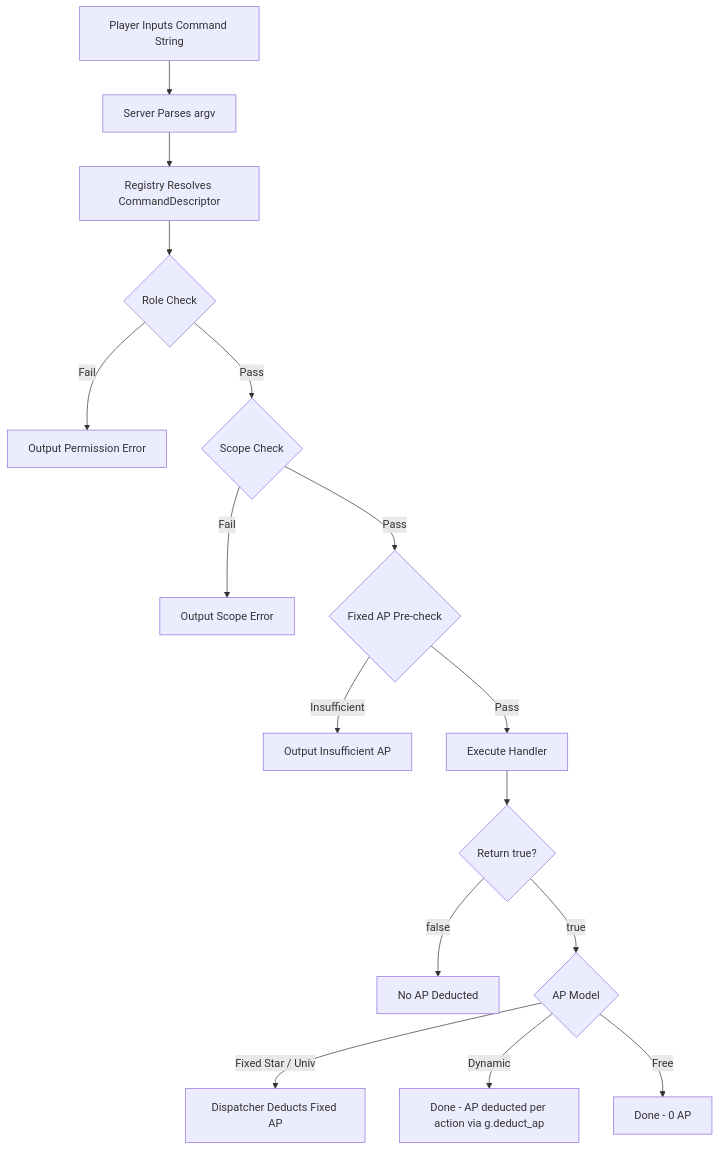
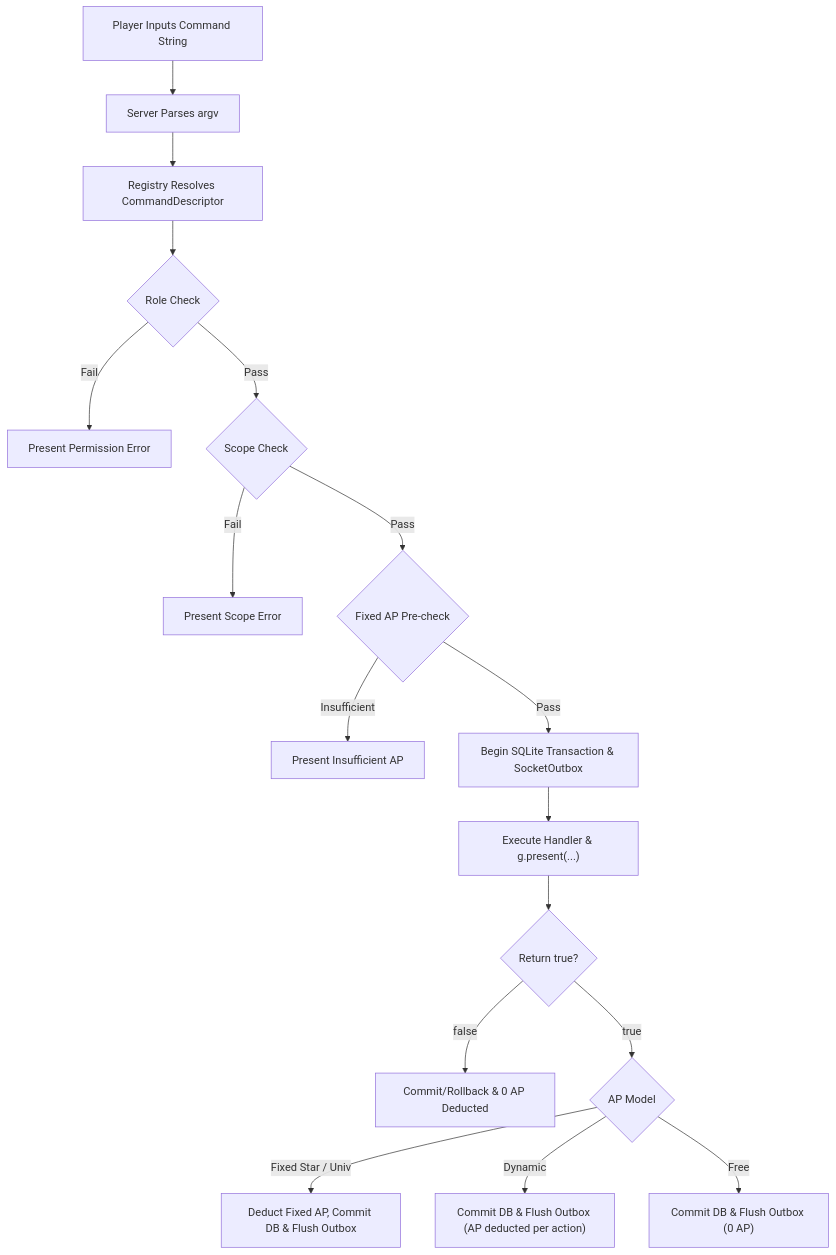
The first of 4 diagrams in ARCHITECTURE.md (kaladron/galactic-bloodshed), drawn with Mermaid before and after one commit. The commit also changed other lines of this file and 34 other files, not shown here.

First line of the commit message:
[gb] Synchronize architecture, skill, and domain docs with UI separation

````diff
--- a/ARCHITECTURE.md
+++ b/ARCHITECTURE.md
@@ -480,20 +492,21 @@
 ```mermaid
 flowchart TD
-    Cmd[Player Inputs Command String] --> Parse[Server Parses argv]
-    Parse --> Lookup[Registry Resolves CommandDescriptor]
-    Lookup --> Roles{Role Check}
-    Roles -- Fail --> ErrRole[Output Permission Error]
-    Roles -- Pass --> Scope{Scope Check}
-    Scope -- Fail --> ErrScope[Output Scope Error]
-    Scope -- Pass --> APPre{Fixed AP Pre-check}
-    APPre -- Insufficient --> ErrAP[Output Insufficient AP]
-    APPre -- Pass --> Exec[Execute Handler]
+    Cmd["Player Inputs Command String"] --> Parse["Server Parses argv"]
+    Parse --> Lookup["Registry Resolves CommandDescriptor"]
+    Lookup --> Roles{"Role Check"}
+    Roles -- Fail --> ErrRole["Present Permission Error"]
+    Roles -- Pass --> Scope{"Scope Check"}
+    Scope -- Fail --> ErrScope["Present Scope Error"]
+    Scope -- Pass --> APPre{"Fixed AP Pre-check"}
+    APPre -- Insufficient --> ErrAP["Present Insufficient AP"]
+    APPre -- Pass --> Txn["Begin SQLite Transaction & SocketOutbox"]
+    Txn --> Exec["Execute Handler & g.present(...)"]
     
-    Exec --> Result{Return true?}
-    Result -- false --> NoAP[No AP Deducted]
-    Result -- true --> CheckModel{AP Model}
+    Exec --> Result{"Return true?"}
+    Result -- false --> Rollback["Commit/Rollback & 0 AP Deducted"]
+    Result -- true --> CheckModel{"AP Model"}
     
-    CheckModel -- Fixed Star / Univ --> DeductFixed[Dispatcher Deducts Fixed AP]
-    CheckModel -- Dynamic --> DoneDyn[Done - AP deducted per action via g.deduct_ap]
-    CheckModel -- Free --> DoneFree[Done - 0 AP]
+    CheckModel -- "Fixed Star / Univ" --> DeductFixed["Deduct Fixed AP, Commit DB & Flush Outbox"]
+    CheckModel -- Dynamic --> DoneDyn["Commit DB & Flush Outbox (AP deducted per action)"]
+    CheckModel -- Free --> DoneFree["Commit DB & Flush Outbox (0 AP)"]
 ```
````
